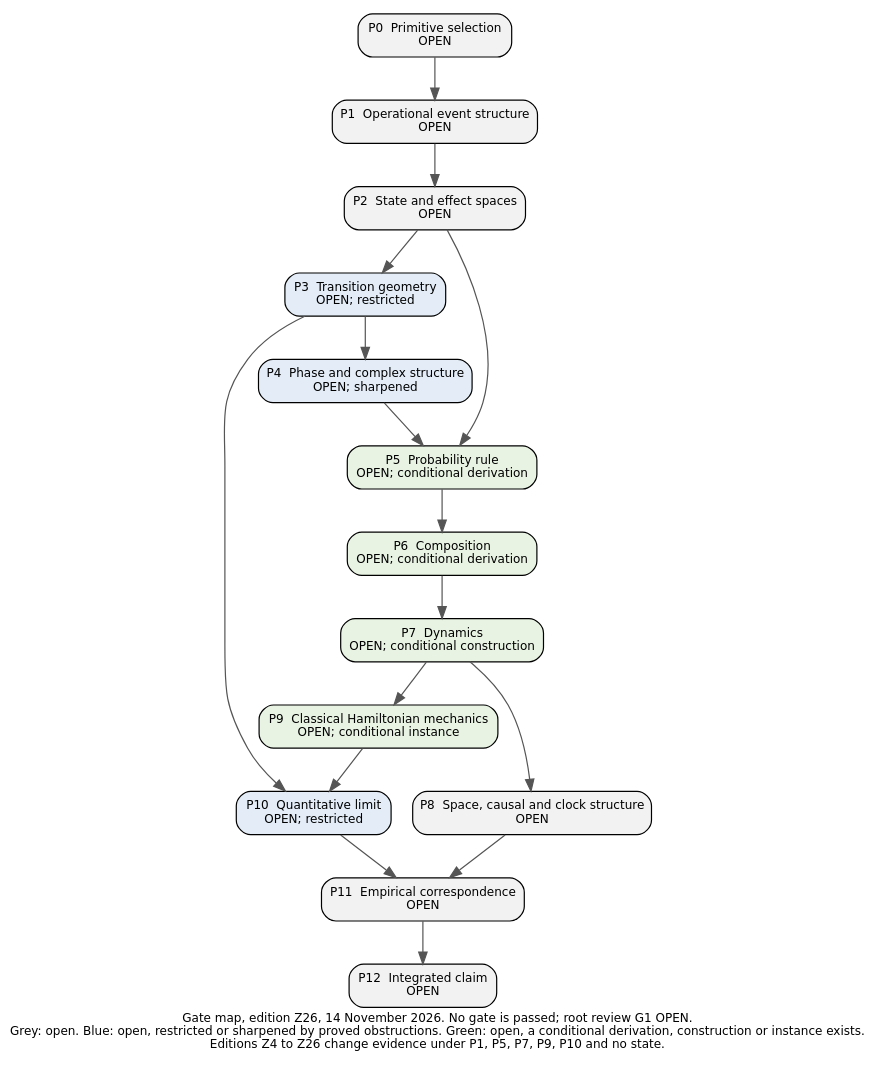
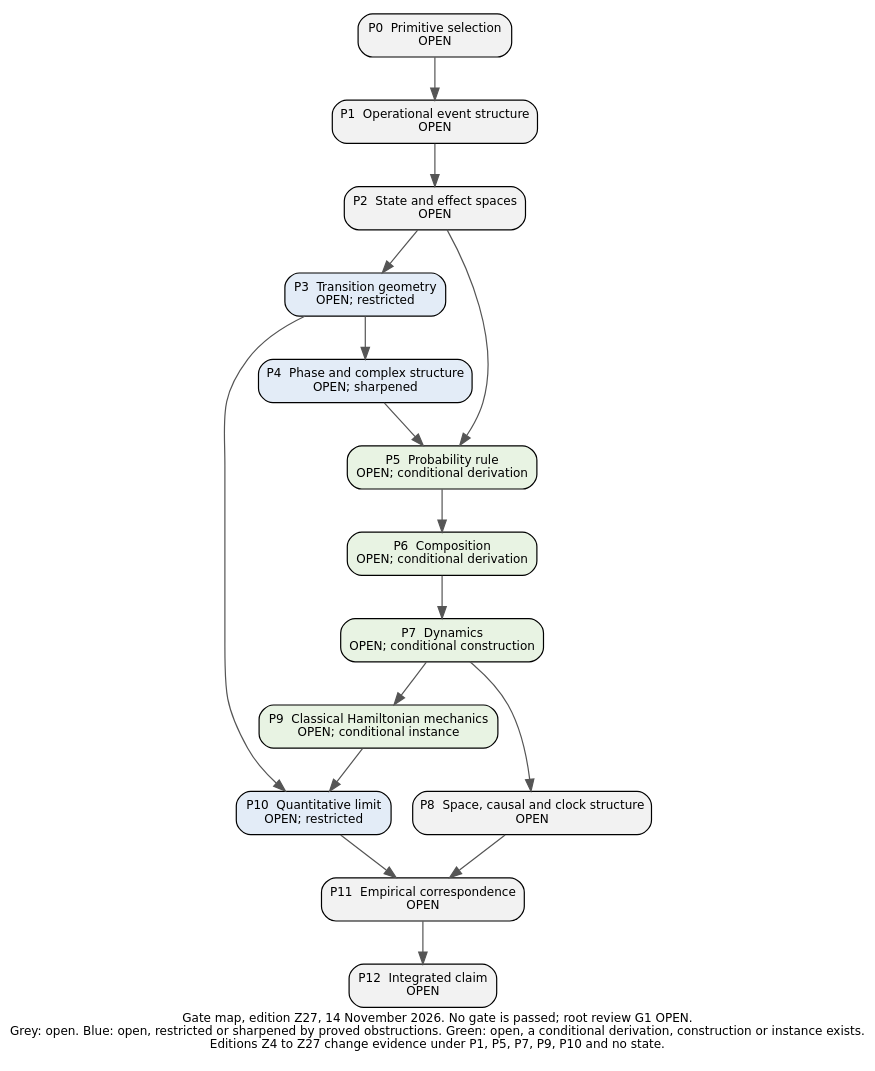
One commit to KirtusJ/From-Prephysical-Hypotheses-to-Physical-Models changed the diagram in edition/PROGRAM/figures/Gate_Map_2026-11-13.dot. Above: the diagram before and after it, drawn with Graphviz. The commit also changed 117 other files, not shown here.

```diff
--- a/edition/PROGRAM/figures/Gate_Map_2026-11-13.dot
+++ b/edition/PROGRAM/figures/Gate_Map_2026-11-13.dot
@@ -1,30 +1,30 @@
-digraph G { rankdir=TB; node [shape=box, style="filled,rounded", fontname="DejaVu Sans", fontsize=10, margin="0.12,0.07"]; edge [color="#555555"]; label="Gate map, edition Z26, 14 November 2026. No gate is passed; root review G1 OPEN.\nGrey: open. Blue: open, restricted or sharpened by proved obstructions. Green: open, a conditional derivation, construction or instance exists.\nEditions Z4 to Z26 change evidence under P1, P5, P7, P9, P10 and no state."; fontname="DejaVu Sans"; fontsize=10; labelloc=b;
+digraph G { rankdir=TB; node [shape=box, style="filled,rounded", fontname="DejaVu Sans", fontsize=10, margin="0.12,0.07"]; edge [color="#555555"]; label="Gate map, edition Z27, 14 November 2026. No gate is passed; root review G1 OPEN.\nGrey: open. Blue: open, restricted or sharpened by proved obstructions. Green: open, a conditional derivation, construction or instance exists.\nEditions Z4 to Z27 change evidence under P1, P5, P7, P9, P10 and no state."; fontname="DejaVu Sans"; fontsize=10; labelloc=b;
 P0 [label="P0  Primitive selection\nOPEN", fillcolor="#f2f2f2"];
 P1 [label="P1  Operational event structure\nOPEN", fillcolor="#f2f2f2"];
 P2 [label="P2  State and effect spaces\nOPEN", fillcolor="#f2f2f2"];
 P3 [label="P3  Transition geometry\nOPEN; restricted", fillcolor="#e3ecf7"];
 P4 [label="P4  Phase and complex structure\nOPEN; sharpened", fillcolor="#e3ecf7"];
 P5 [label="P5  Probability rule\nOPEN; conditional derivation", fillcolor="#e8f3e3"];
 P6 [label="P6  Composition\nOPEN; conditional derivation", fillcolor="#e8f3e3"];
 P7 [label="P7  Dynamics\nOPEN; conditional construction", fillcolor="#e8f3e3"];
 P8 [label="P8  Space, causal and clock structure\nOPEN", fillcolor="#f2f2f2"];
 P9 [label="P9  Classical Hamiltonian mechanics\nOPEN; conditional instance", fillcolor="#e8f3e3"];
 P10 [label="P10  Quantitative limit\nOPEN; restricted", fillcolor="#e3ecf7"];
 P11 [label="P11  Empirical correspondence\nOPEN", fillcolor="#f2f2f2"];
 P12 [label="P12  Integrated claim\nOPEN", fillcolor="#f2f2f2"];
 P0 -> P1;
 P1 -> P2;
 P2 -> P3;
 P3 -> P4;
 P2 -> P5;
 P4 -> P5;
 P5 -> P6;
 P6 -> P7;
 P7 -> P8;
 P7 -> P9;
 P3 -> P10;
 P9 -> P10;
 P8 -> P11;
 P10 -> P11;
 P11 -> P12;
 }
```
